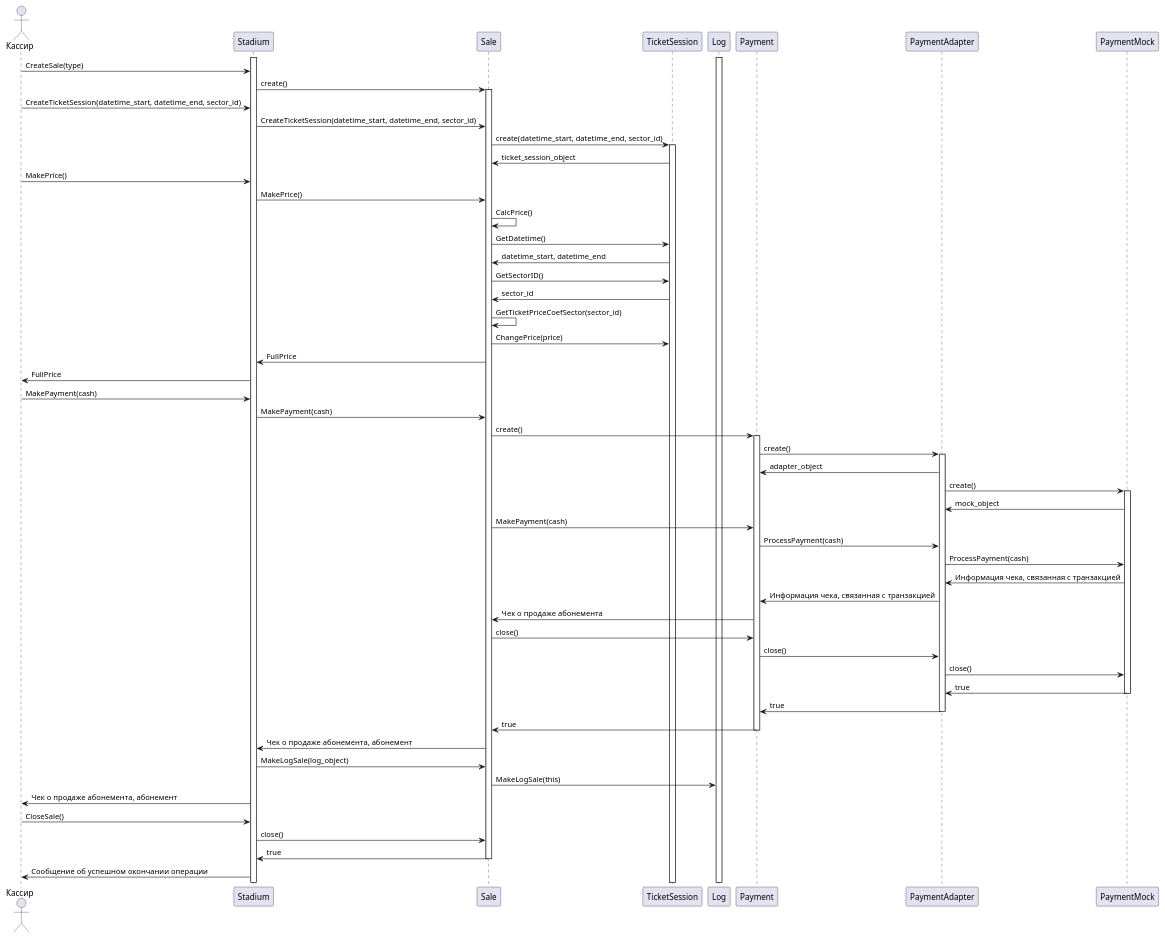
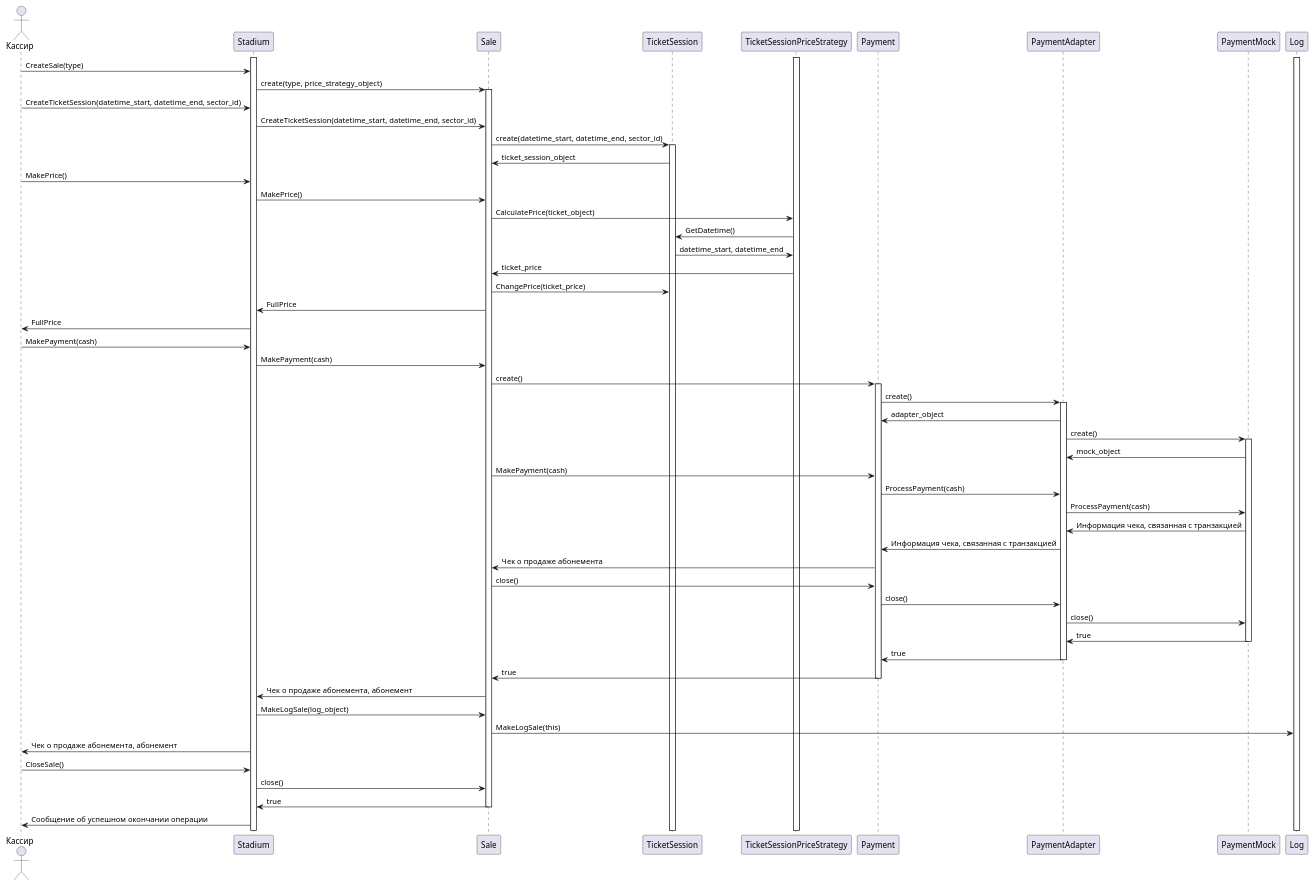
Before and after one commit to penamarth/bsbo-03-23_team4_var10_football: the diagram in Прецеденты/Диаграмма продажи абонемента.md, drawn with PlantUML. The commit also changed 8 other files, not shown here.

Commit message:
Разделение StadiumStructure.cs на Stadium.cs и Grandstands.cs + внедрён паттерн "Стратегия" в подсчёт цены билетов + мелкие правки кода и диаграмм

```diff
--- a/Прецеденты/Диаграмма продажи абонемента.md
+++ b/Прецеденты/Диаграмма продажи абонемента.md
@@ -5,16 +5,18 @@
 participant Stadium
 participant Sale
 participant TicketSession
-participant Log
+participant TicketSessionPriceStrategy
 participant Payment
 participant PaymentAdapter
 participant PaymentMock
+participant Log
 
 activate Stadium
+activate TicketSessionPriceStrategy
 activate Log
 
 Кассир -> Stadium : CreateSale(type)
-Stadium -> Sale : create()
+Stadium -> Sale : create(type, price_strategy_object)
 activate Sale
 
 Кассир -> Stadium : CreateTicketSession(datetime_start, datetime_end, sector_id)
@@ -26,13 +28,11 @@
 Кассир -> Stadium : MakePrice()
 Stadium -> Sale : MakePrice()
 
-Sale -> Sale : CalcPrice()
-Sale -> TicketSession : GetDatetime()
-Sale <- TicketSession : datetime_start, datetime_end
-Sale -> TicketSession : GetSectorID()
-Sale <- TicketSession : sector_id
-Sale -> Sale : GetTicketPriceCoefSector(sector_id)
-Sale -> TicketSession : ChangePrice(price)
+Sale -> TicketSessionPriceStrategy : CalculatePrice(ticket_object)
+TicketSessionPriceStrategy -> TicketSession : GetDatetime()
+TicketSessionPriceStrategy <- TicketSession : datetime_start, datetime_end
+Sale <- TicketSessionPriceStrategy : ticket_price
+Sale -> TicketSession : ChangePrice(ticket_price)
 
 Stadium <- Sale : FullPrice
 Кассир <- Stadium : FullPrice
```
